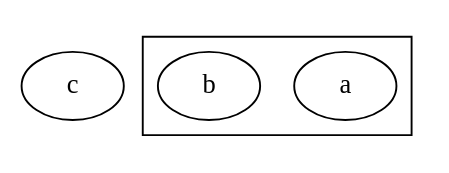
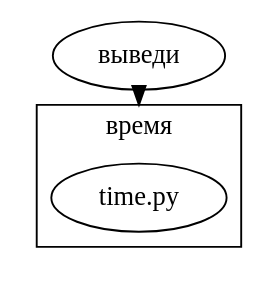
One commit to LeonovEvgenii/AGI changed the diagram in local_graph.dot. Above: the diagram before and after it, drawn with Graphviz. The commit also changed 4 other files, not shown here.

```diff
--- a/local_graph.dot
+++ b/local_graph.dot
@@ -1,7 +1,8 @@
 digraph G {
-  с
-  subgraph cluster_yellow {
-    a 
-    b 
+  compound=true;
+  "выведи" -> "time.py" [lhead=cluster1];
+  subgraph cluster1 {
+    label="время"
+    "time.py"
   }
 }
```
